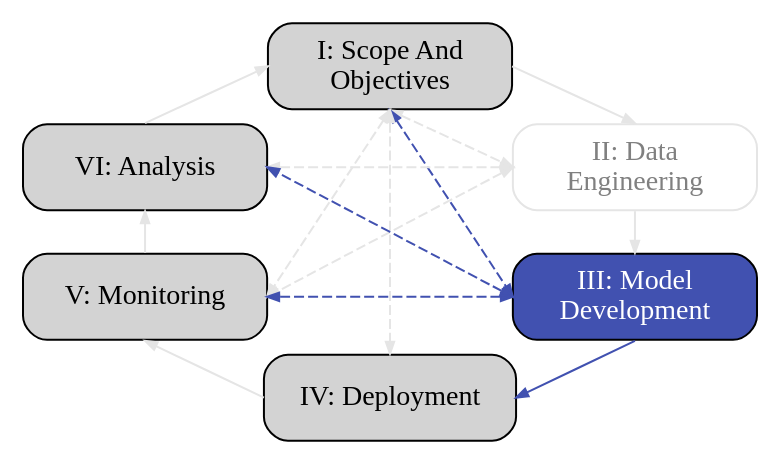
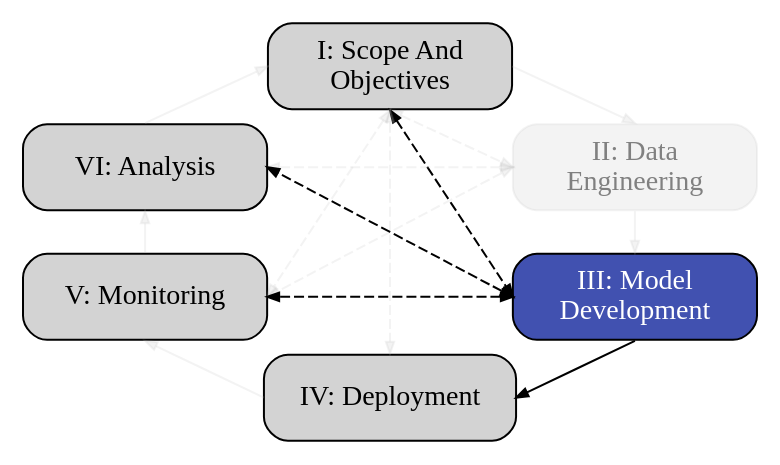
One commit to aria-ml/dataeval changed the fourth of 7 diagrams in docs/ml_lifecycle.rst. Above: the diagram before and after it, drawn with Graphviz. The commit also changed other lines of this file and 2 other files, not shown here.

```diff
--- a/docs/ml_lifecycle.rst
+++ b/docs/ml_lifecycle.rst
@@ -164,30 +164,30 @@
 .. graphviz::
    
    digraph flowchart {
       node [shape=box,width=1.7,height=0.6]
       edge [arrowsize=0.6]
       layout="neato"
 
       1 [label="I: Scope And\nObjectives",style="rounded,filled",pos="1.7,2.5!",xref=":ref:`scope-objectives`"]
-      2 [label="II: Data\nEngineering",style="rounded,filled",pos="3.4,1.8!",xref=":ref:`data-engineering`",fontcolor="gray",color="gray90",fillcolor="white"]
+      2 [label="II: Data\nEngineering",style="rounded,filled",pos="3.4,1.8!",xref=":ref:`data-engineering`",fontcolor="gray",color="#C0C0C030",fillcolor="#C0C0C030"]
       3 [label="III: Model\nDevelopment",style="rounded,filled",pos="3.4,0.9!",fillcolor="#4151B0",fontcolor="white"]
       4 [label="IV: Deployment",style="rounded,filled",pos="1.7,0.2!",xref=":ref:`deployment`"]
       5 [label="V: Monitoring",style="rounded,filled",pos="0.0,0.9!",xref=":ref:`monitoring`"]
       6 [label="VI: Analysis",style="rounded,filled",pos="0.0,1.8!",xref=":ref:`analysis`"]
       
-      1:e->2:n [color="gray90"]
-      2:s->3:n [color="gray90"]
-      3:s->4:e [color="#4151B0"]
-      4:w->5:s [color="gray90"]
-      5:n->6:s [color="gray90"]
-      6:n->1:w [color="gray90"]
+      1:e->2:n [color="#C0C0C030",fillcolor="#C0C0C030"]
+      2:s->3:n [color="#C0C0C030",fillcolor="#C0C0C030"]
+      3:s->4:e
+      4:w->5:s [color="#C0C0C030",fillcolor="#C0C0C030"]
+      5:n->6:s [color="#C0C0C030",fillcolor="#C0C0C030"]
+      6:n->1:w [color="#C0C0C030",fillcolor="#C0C0C030"]
 
-      1:s->3:w [dir=both,style=dashed,color="#4151B0"]
-      1:s->4:n [dir=both,style=dashed,color="gray90"]
-      1:s->5:e [dir=both,style=dashed,color="gray90"]
-      1:s->2:w [dir=both,style=dashed,color="gray90"]
-      2:w->5:e [dir=both,style=dashed,color="gray90"]
-      2:w->6:e [dir=both,style=dashed,color="gray90"]
-      3:w->5:e [dir=both,style=dashed,color="#4151B0"]
-      3:w->6:e [dir=both,style=dashed,color="#4151B0"]
+      1:s->3:w [dir=both,style=dashed]
+      1:s->4:n [dir=both,style=dashed,color="#C0C0C030",fillcolor="#C0C0C030"]
+      1:s->5:e [dir=both,style=dashed,color="#C0C0C030",fillcolor="#C0C0C030"]
+      1:s->2:w [dir=both,style=dashed,color="#C0C0C030",fillcolor="#C0C0C030"]
+      2:w->5:e [dir=both,style=dashed,color="#C0C0C030",fillcolor="#C0C0C030"]
+      2:w->6:e [dir=both,style=dashed,color="#C0C0C030",fillcolor="#C0C0C030"]
+      3:w->5:e [dir=both,style=dashed]
+      3:w->6:e [dir=both,style=dashed]
    }
```
